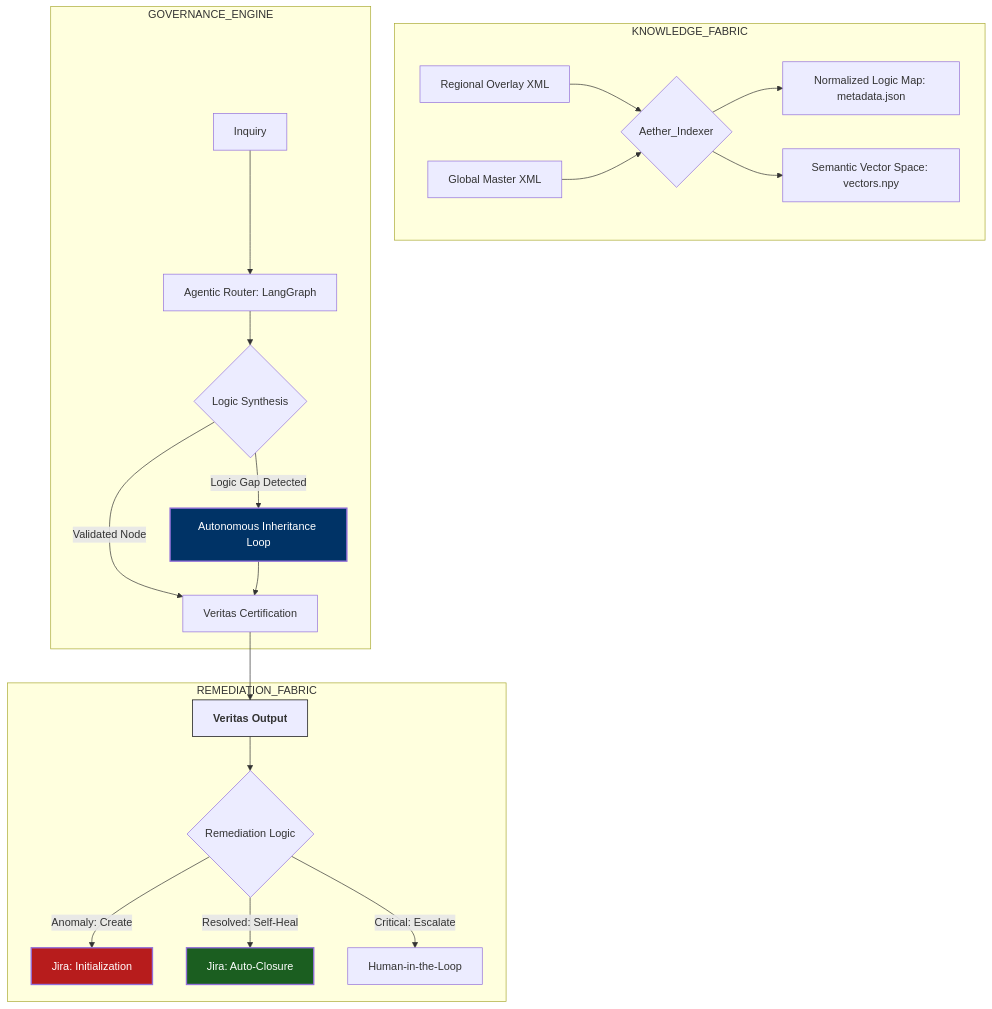
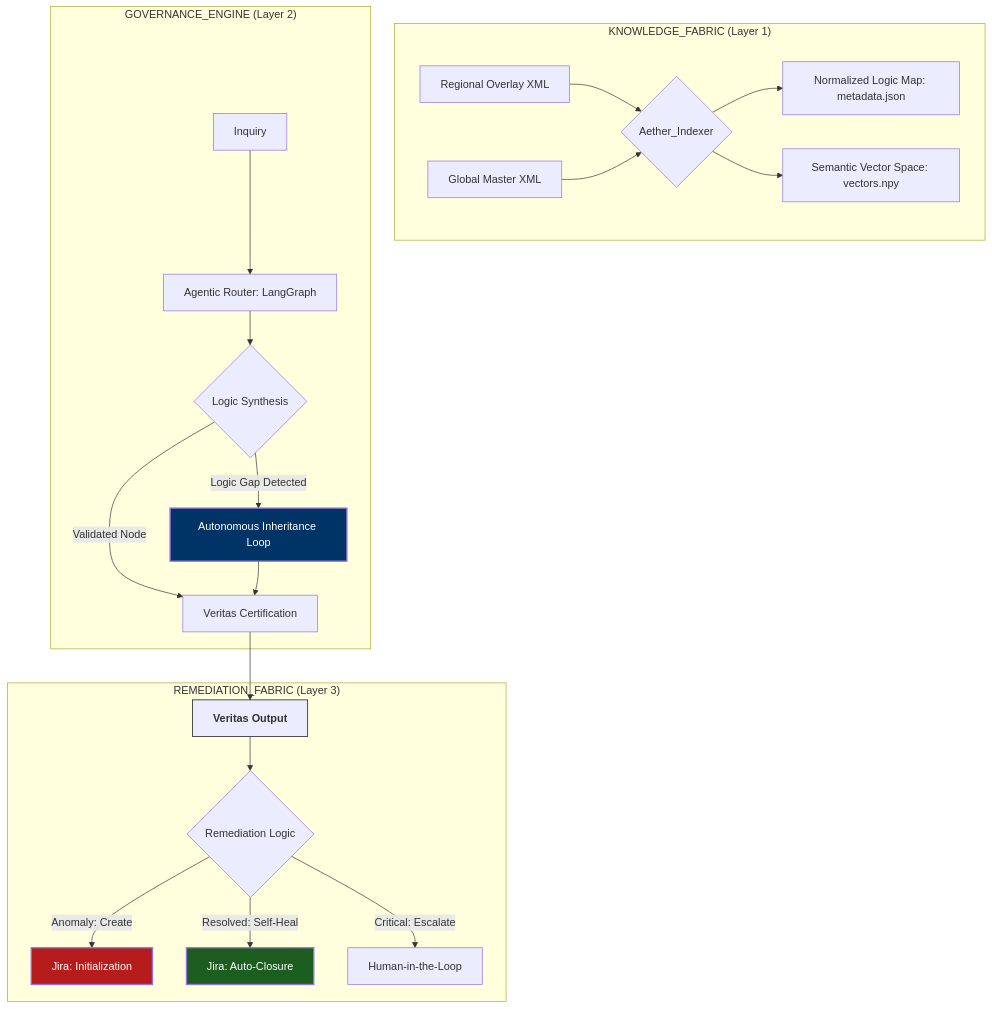
One commit to suresh24krishnan/AETHER_VERITAS changed the diagram in README.md. Above: the diagram before and after it, drawn with Mermaid. The commit also changed other lines of this file, not shown here.

Commit message:
fix: repair mermaid rendering and yaml header

````diff
--- a/README.md
+++ b/README.md
@@ -32,31 +32,31 @@
 ```mermaid
 graph TD
-    subgraph KNOWLEDGE_FABRIC
+    subgraph "KNOWLEDGE_FABRIC (Layer 1)"
         A1[Regional Overlay XML] --> B{Aether_Indexer}
         A2[Global Master XML] --> B
         B --> C[Normalized Logic Map: metadata.json]
         B --> D[Semantic Vector Space: vectors.npy]
     end
 
-    subgraph GOVERNANCE_ENGINE
+    subgraph "GOVERNANCE_ENGINE (Layer 2)"
         E[Inquiry] --> F[Agentic Router: LangGraph]
         F --> G{Logic Synthesis}
-        G -- Logic Gap Detected --> H[Autonomous Inheritance Loop]
-        G -- Validated Node --> I[Veritas Certification]
+        G -- "Logic Gap Detected" --> H[Autonomous Inheritance Loop]
+        G -- "Validated Node" --> I[Veritas Certification]
         H --> I
     end
 
-    subgraph REMEDIATION_FABRIC
+    subgraph "REMEDIATION_FABRIC (Layer 3)"
         I --> J[Veritas Output]
         J --> K{Remediation Logic}
-        K -- Anomaly: Create --> L[Jira: Initialization]
-        K -- Resolved: Self-Heal --> M[Jira: Auto-Closure]
-        K -- Critical: Escalate --> N[Human-in-the-Loop]
+        K -- "Anomaly: Create" --> L[Jira: Initialization]
+        K -- "Resolved: Self-Heal" --> M[Jira: Auto-Closure]
+        K -- "Critical: Escalate" --> N[Human-in-the-Loop]
     end
 
     style H fill:#003366,color:#fff,stroke-width:2px
     style M fill:#1b5e20,color:#fff,stroke-width:2px
     style L fill:#b71c1c,color:#fff,stroke-width:2px
     style J font-weight:bold,stroke:#000
 
 ```
````
